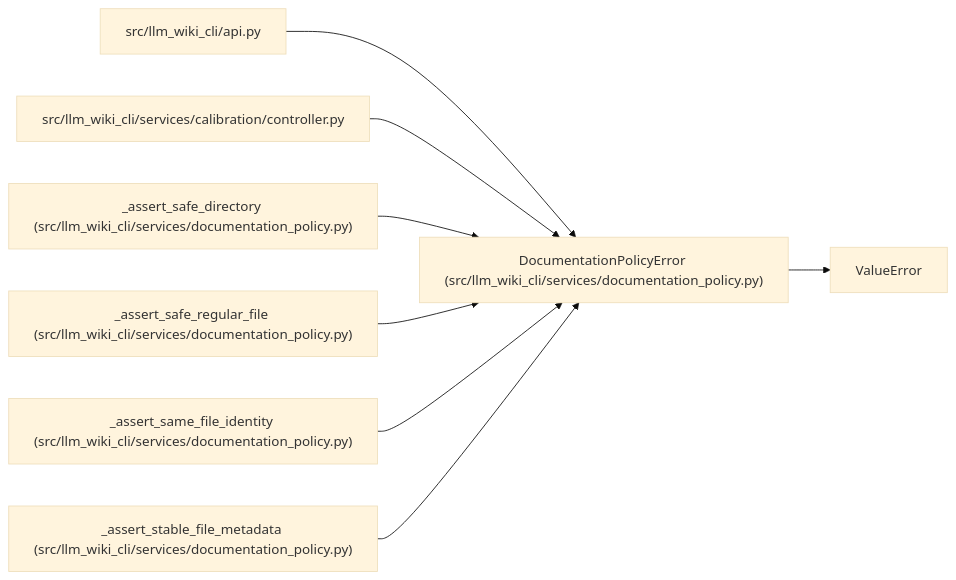
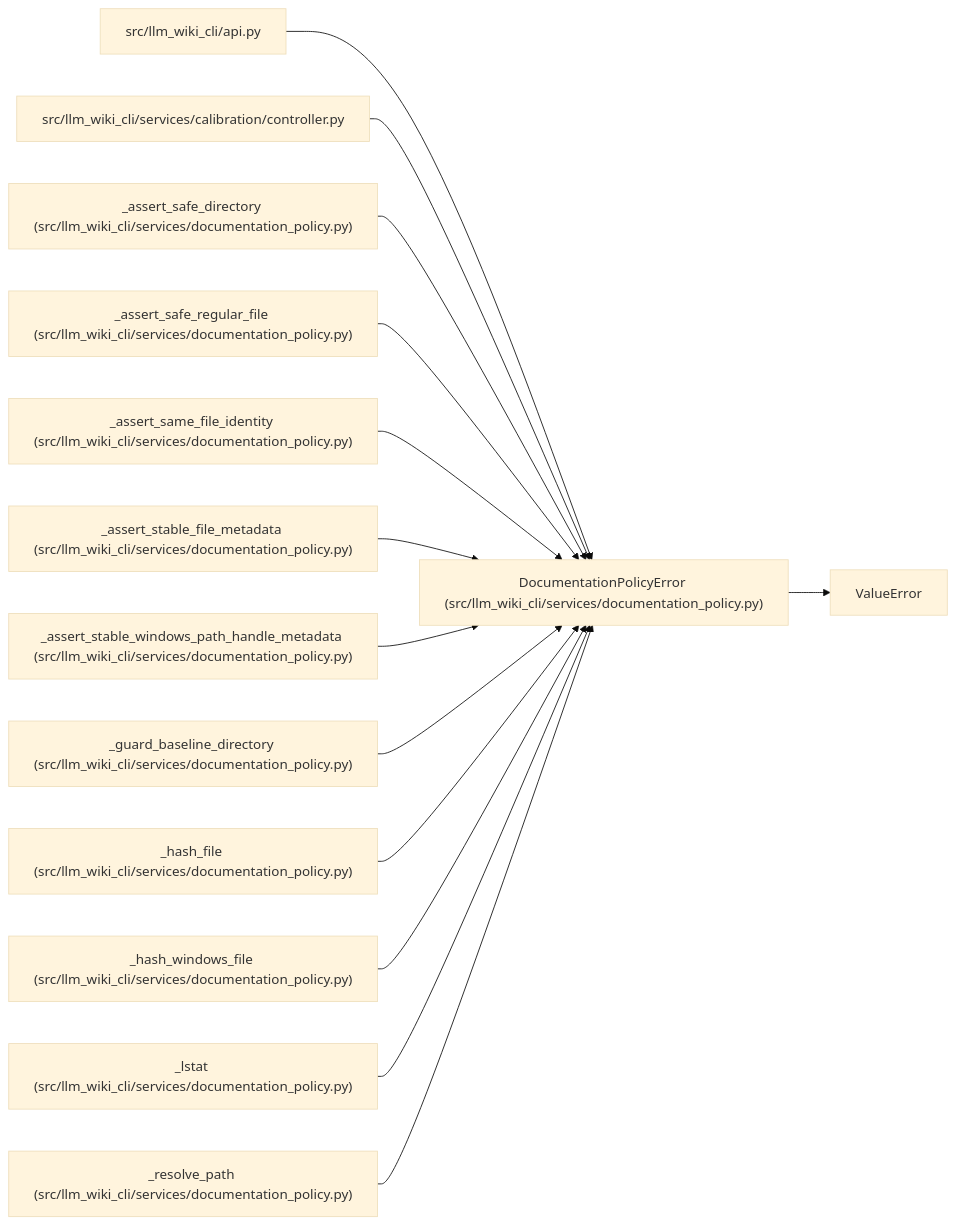
Before and after one commit to Denissvgn/python-wiki-llm: the diagram in docs/llm_wiki/entities/DocumentationPolicyError.md, drawn with Mermaid (base theme). The commit also changed other lines of this file and 493 other files, not shown here.

````diff
--- a/docs/llm_wiki/entities/DocumentationPolicyError.md
+++ b/docs/llm_wiki/entities/DocumentationPolicyError.md
@@ -23,25 +23,43 @@
 ```mermaid
 flowchart LR
     n0["DocumentationPolicyError (src/llm_wiki_cli/services/documentation_policy.py)"]
     n1["ValueError"]
     n2["src/llm_wiki_cli/api.py"]
     n3["src/llm_wiki_cli/services/calibration/controller.py"]
     n4["_assert_safe_directory (src/llm_wiki_cli/services/documentation_policy.py)"]
     n5["_assert_safe_regular_file (src/llm_wiki_cli/services/documentation_policy.py)"]
     n6["_assert_same_file_identity (src/llm_wiki_cli/services/documentation_policy.py)"]
     n7["_assert_stable_file_metadata (src/llm_wiki_cli/services/documentation_policy.py)"]
+    n8["_assert_stable_windows_path_handle_metadata (src/llm_wiki_cli/services/documentation_policy.py)"]
+    n9["_guard_baseline_directory (src/llm_wiki_cli/services/documentation_policy.py)"]
+    n10["_hash_file (src/llm_wiki_cli/services/documentation_policy.py)"]
+    n11["_hash_windows_file (src/llm_wiki_cli/services/documentation_policy.py)"]
+    n12["_lstat (src/llm_wiki_cli/services/documentation_policy.py)"]
+    n13["_resolve_path (src/llm_wiki_cli/services/documentation_policy.py)"]
     n0 --> n1
     n2 --> n0
     n3 --> n0
     n4 --> n0
     n5 --> n0
     n6 --> n0
     n7 --> n0
+    n8 --> n0
+    n9 --> n0
+    n10 --> n0
+    n11 --> n0
+    n12 --> n0
+    n13 --> n0
     click n0 "../modules/documentation_policy.md"
     click n2 "../modules/api.md"
     click n3 "../modules/controller.md"
     click n4 "../modules/documentation_policy.md"
     click n5 "../modules/documentation_policy.md"
     click n6 "../modules/documentation_policy.md"
     click n7 "../modules/documentation_policy.md"
+    click n8 "../modules/documentation_policy.md"
+    click n9 "../modules/documentation_policy.md"
+    click n10 "../modules/documentation_policy.md"
+    click n11 "../modules/documentation_policy.md"
+    click n12 "../modules/documentation_policy.md"
+    click n13 "../modules/documentation_policy.md"
 ```
````
